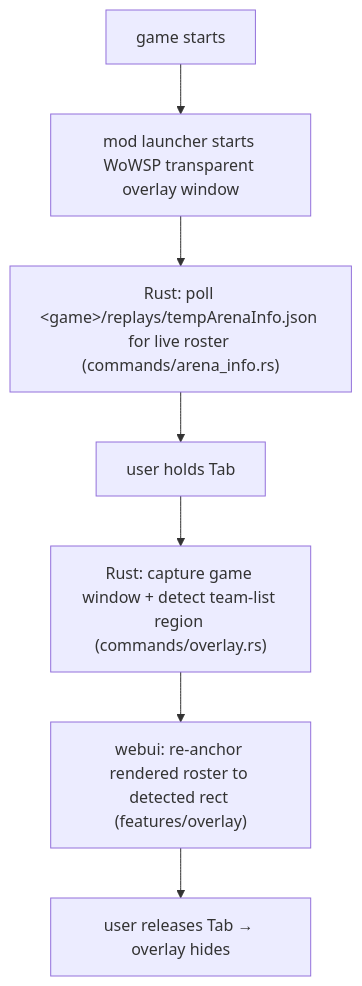
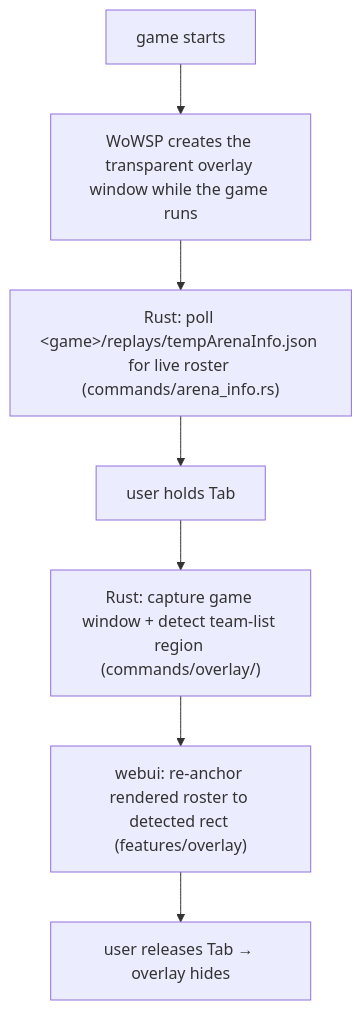
The second of 2 diagrams in docs/ko/guides/architecture.md (langyo/wowsp), drawn with Mermaid before and after one commit. The commit also changed other lines of this file and 58 other files, not shown here.

````diff
--- a/docs/ko/guides/architecture.md
+++ b/docs/ko/guides/architecture.md
@@ -33,9 +35,9 @@
 ```mermaid
 flowchart TD
-    A["game starts"] --> B["mod launcher starts WoWSP transparent overlay window"]
+    A["game starts"] --> B["WoWSP creates the transparent overlay window while the game runs"]
     B --> C["Rust: poll &lt;game&gt;/replays/tempArenaInfo.json for live roster (commands/arena_info.rs)"]
     C --> D["user holds Tab"]
-    D --> E["Rust: capture game window + detect team-list region (commands/overlay.rs)"]
+    D --> E["Rust: capture game window + detect team-list region (commands/overlay/)"]
     E --> F["webui: re-anchor rendered roster to detected rect (features/overlay)"]
     F --> G["user releases Tab → overlay hides"]
 ```
````
